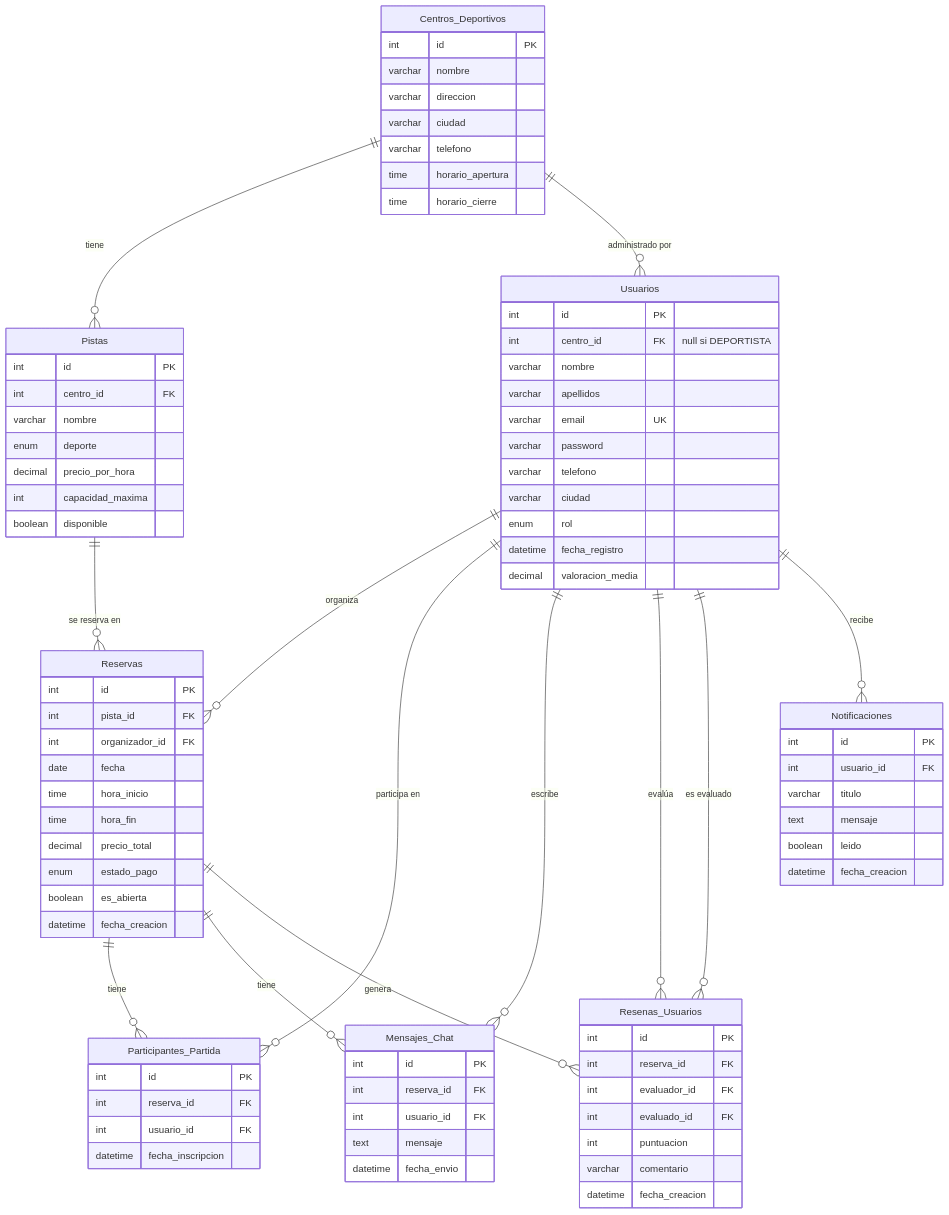
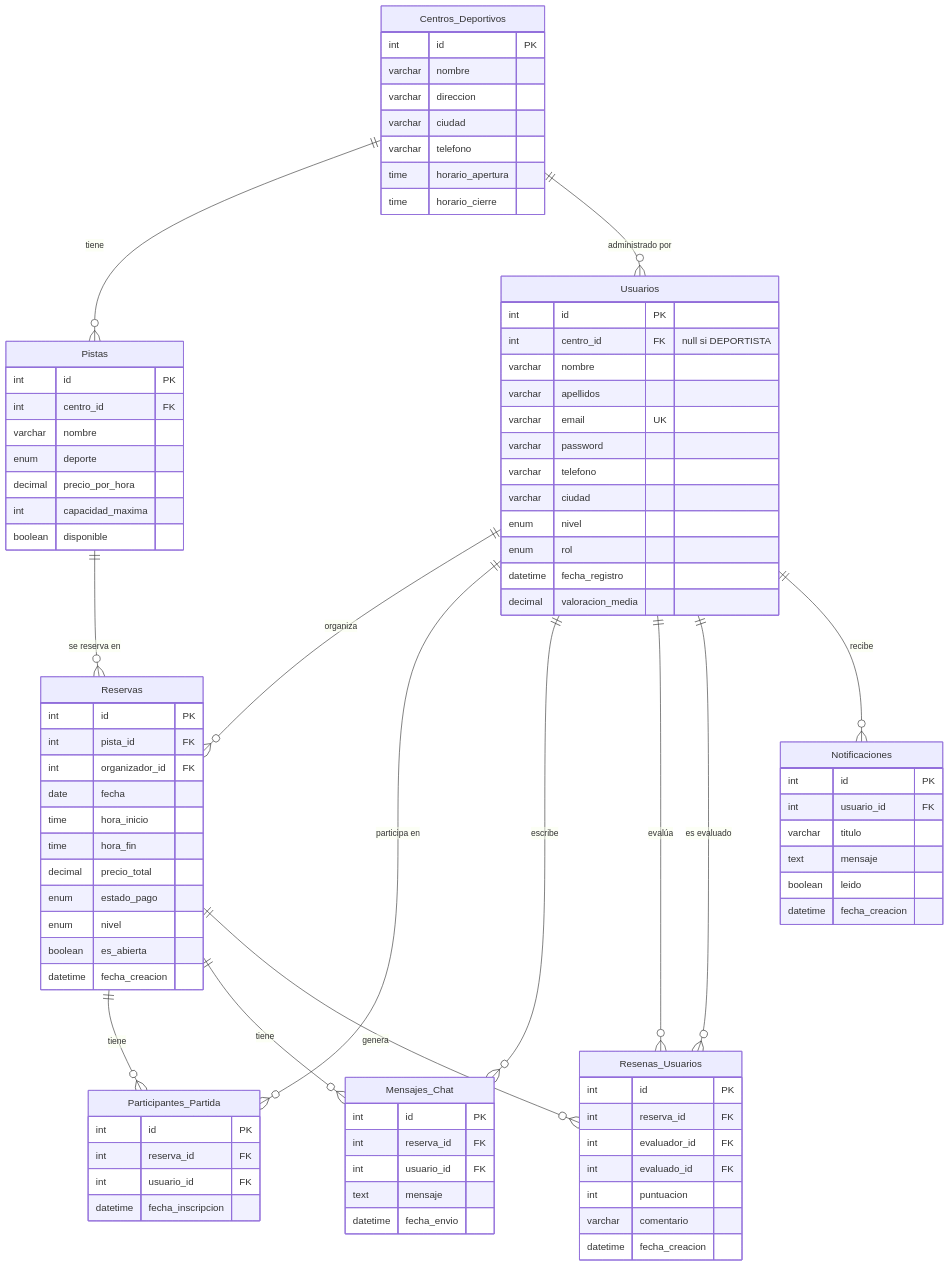
The diagram in README.md (ajm68-ua/tfgReservasDeportivas), drawn with Mermaid before and after one commit. The commit also changed other lines of this file, not shown here.

Commit message:
Agregado campo niveles para control de reservas

```diff
--- a/README.md
+++ b/README.md
@@ -26,6 +26,7 @@
         varchar password
         varchar telefono
         varchar ciudad
+        enum nivel
         enum rol
         datetime fecha_registro
         decimal valoracion_media
@@ -60,6 +61,7 @@
         time hora_fin
         decimal precio_total
         enum estado_pago
+        enum nivel
         boolean es_abierta
         datetime fecha_creacion
     }
```
